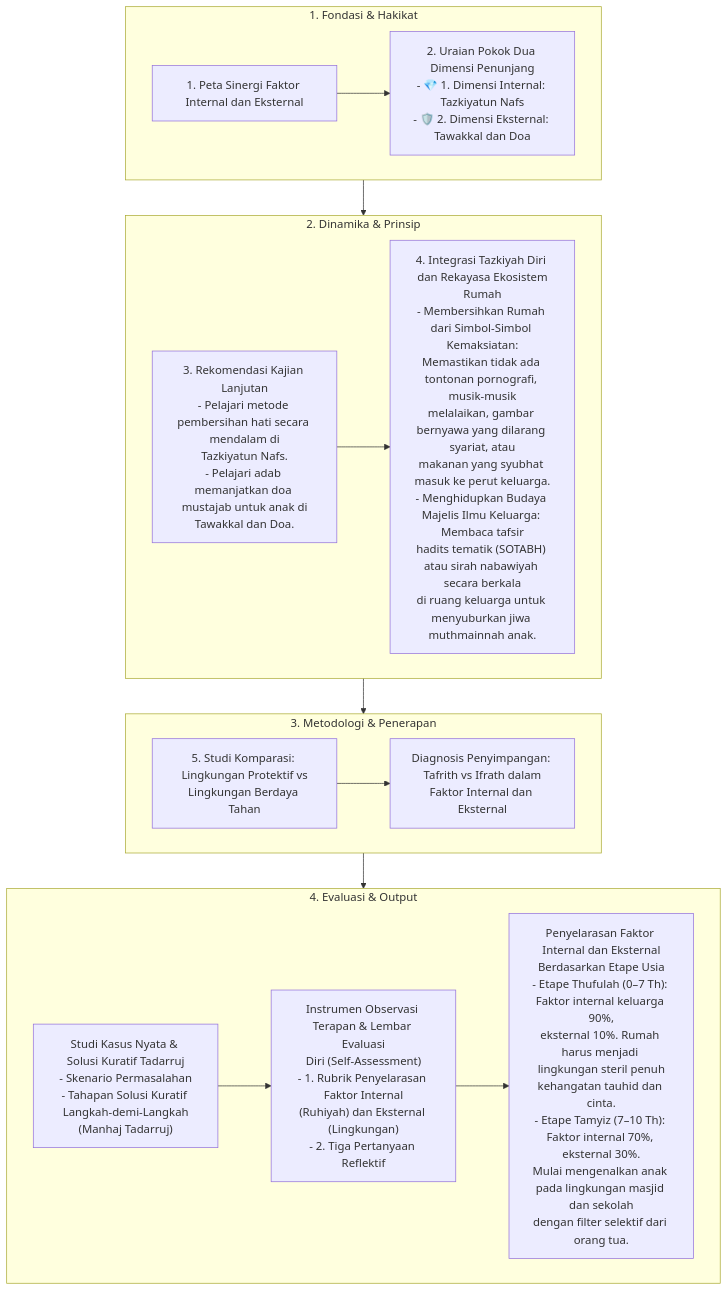
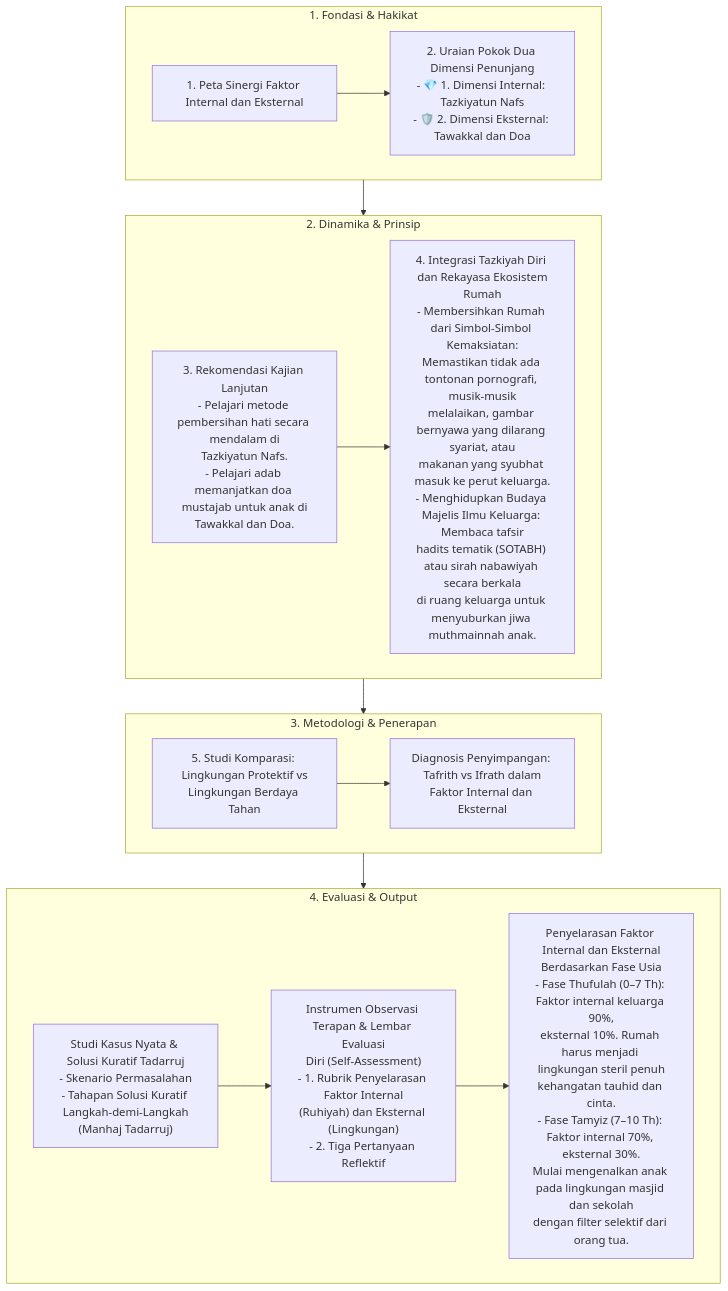
One commit to decaller/wiki-pkn changed the diagram in content_flow/Dokumen Pendidikan Karakter Nabawiyah/Paradigma & Implementasi/Implementasi/Internal & Eksternal/index.md. Above: the diagram before and after it, drawn with Mermaid. The commit also changed 410 other files, not shown here.

Commit message:
feat: create master Glosarium and purify terminology across repo (etape -> fase, archetype -> uswah)

````diff
--- a/content_flow/Dokumen Pendidikan Karakter Nabawiyah/Paradigma & Implementasi/Implementasi/Internal & Eksternal/index.md
+++ b/content_flow/Dokumen Pendidikan Karakter Nabawiyah/Paradigma & Implementasi/Implementasi/Internal & Eksternal/index.md
@@ -10,32 +10,32 @@
 ```mermaid
 flowchart TD
     subgraph S1["1. Fondasi & Hakikat"]
         N1_1["1. Peta Sinergi Faktor Internal dan Eksternal"]
         N1_2["2. Uraian Pokok Dua Dimensi Penunjang<br/>- 💎 1. Dimensi Internal: Tazkiyatun Nafs<br/>- 🛡️ 2. Dimensi Eksternal: Tawakkal dan Doa"]
         N1_1 --> N1_2
     end
 
     subgraph S2["2. Dinamika & Prinsip"]
         N2_1["3. Rekomendasi Kajian Lanjutan<br/>- Pelajari metode pembersihan hati secara mendalam di<br/>Tazkiyatun Nafs.<br/>- Pelajari adab memanjatkan doa mustajab untuk anak di<br/>Tawakkal dan Doa."]
         N2_2["4. Integrasi Tazkiyah Diri dan Rekayasa Ekosistem<br/>Rumah<br/>- Membersihkan Rumah dari Simbol-Simbol Kemaksiatan:<br/>Memastikan tidak ada tontonan pornografi, musik-musik<br/>melalaikan, gambar bernyawa yang dilarang syariat, atau<br/>makanan yang syubhat masuk ke perut keluarga.<br/>- Menghidupkan Budaya Majelis Ilmu Keluarga: Membaca tafsir<br/>hadits tematik (SOTABH) atau sirah nabawiyah secara berkala<br/>di ruang keluarga untuk menyuburkan jiwa muthmainnah anak."]
         N2_1 --> N2_2
     end
 
     subgraph S3["3. Metodologi & Penerapan"]
         N3_1["5. Studi Komparasi: Lingkungan Protektif vs<br/>Lingkungan Berdaya Tahan"]
         N3_2["Diagnosis Penyimpangan: Tafrith vs Ifrath dalam<br/>Faktor Internal dan Eksternal"]
         N3_1 --> N3_2
     end
 
     subgraph S4["4. Evaluasi & Output"]
         N4_1["Studi Kasus Nyata & Solusi Kuratif Tadarruj<br/>- Skenario Permasalahan<br/>- Tahapan Solusi Kuratif Langkah-demi-Langkah<br/>(Manhaj Tadarruj)"]
         N4_2["Instrumen Observasi Terapan & Lembar Evaluasi<br/>Diri (Self-Assessment)<br/>- 1. Rubrik Penyelarasan Faktor Internal<br/>(Ruhiyah) dan Eksternal (Lingkungan)<br/>- 2. Tiga Pertanyaan Reflektif"]
         N4_1 --> N4_2
-        N4_3["Penyelarasan Faktor Internal dan Eksternal<br/>Berdasarkan Etape Usia<br/>- Etape Thufulah (0–7 Th): Faktor internal keluarga 90%,<br/>eksternal 10%. Rumah harus menjadi lingkungan steril penuh<br/>kehangatan tauhid dan cinta.<br/>- Etape Tamyiz (7–10 Th): Faktor internal 70%, eksternal 30%.<br/>Mulai mengenalkan anak pada lingkungan masjid dan sekolah<br/>dengan filter selektif dari orang tua."]
+        N4_3["Penyelarasan Faktor Internal dan Eksternal<br/>Berdasarkan Fase Usia<br/>- Fase Thufulah (0–7 Th): Faktor internal keluarga 90%,<br/>eksternal 10%. Rumah harus menjadi lingkungan steril penuh<br/>kehangatan tauhid dan cinta.<br/>- Fase Tamyiz (7–10 Th): Faktor internal 70%, eksternal 30%.<br/>Mulai mengenalkan anak pada lingkungan masjid dan sekolah<br/>dengan filter selektif dari orang tua."]
         N4_2 --> N4_3
     end
 
     S1 --> S2
     S2 --> S3
     S3 --> S4
 ```
````
